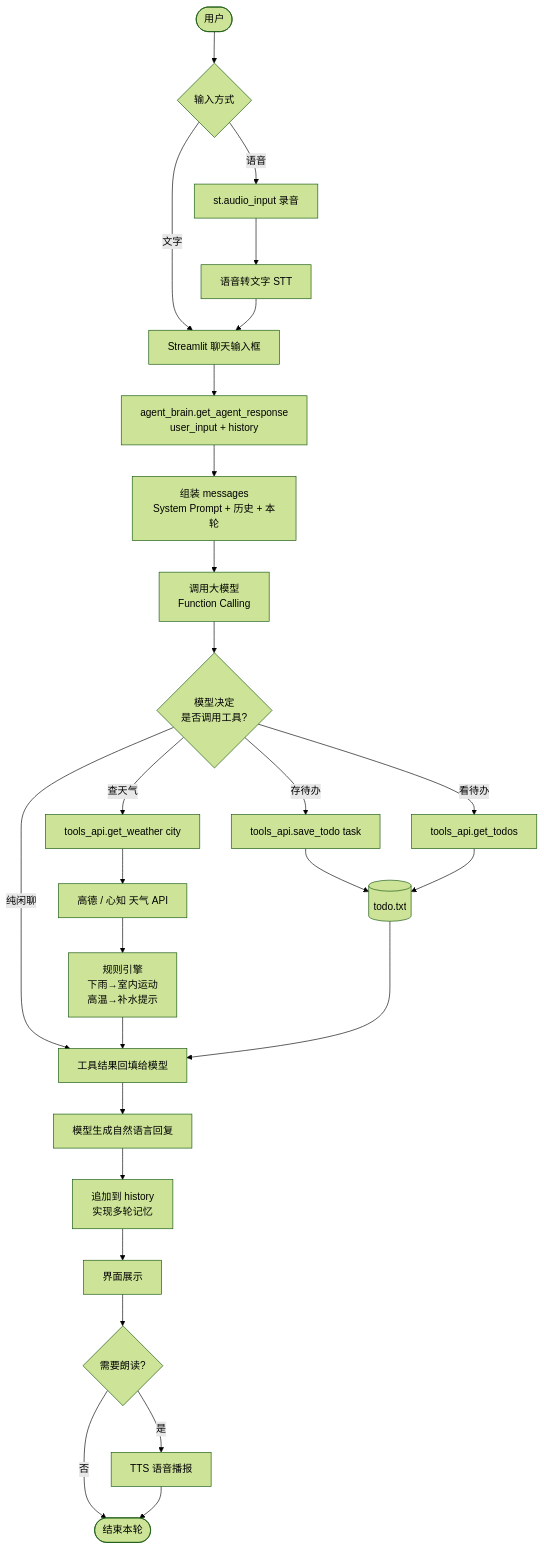
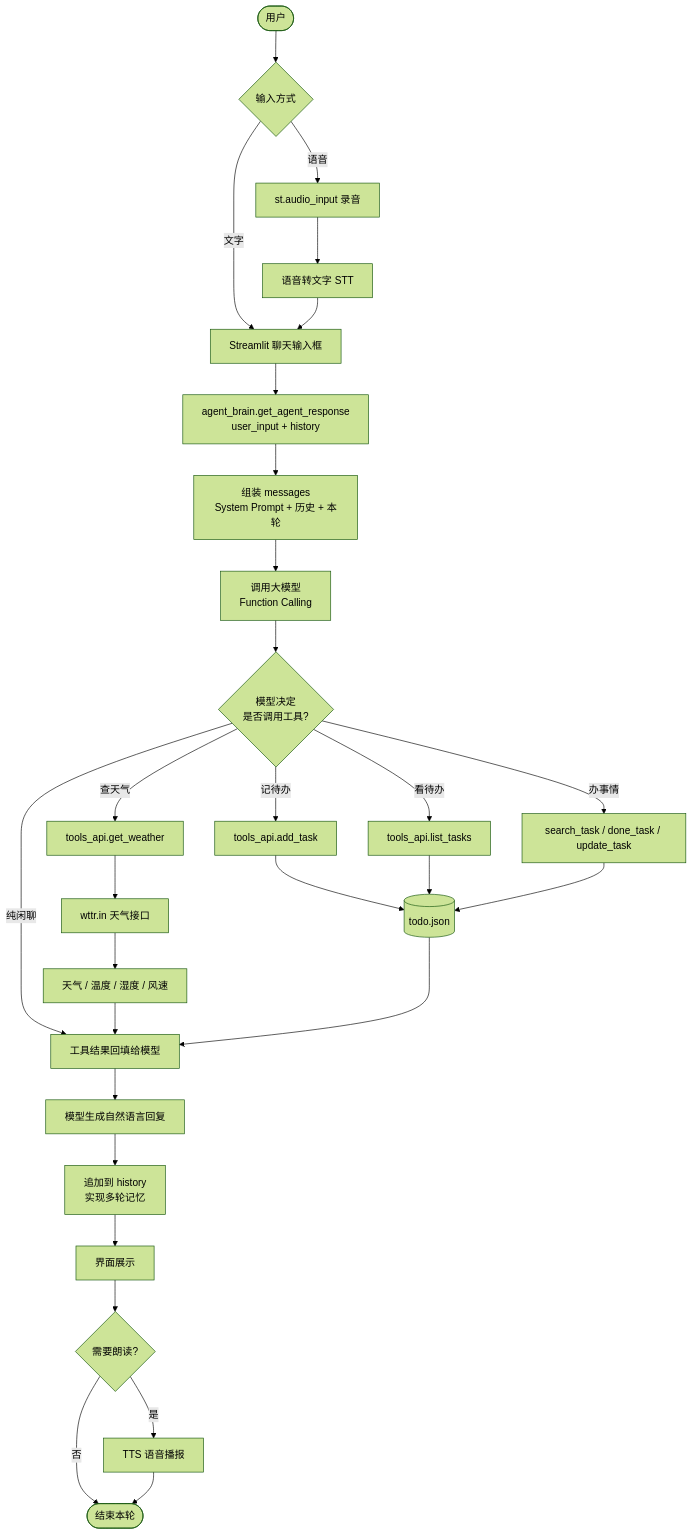
Before and after one commit to LB-CC-summer/ai-agent-life-butler: the first of 3 diagrams in docs.md, drawn with Mermaid (forest theme). The commit also changed other lines of this file and 10 other files, not shown here.

````diff
--- a/docs.md
+++ b/docs.md
@@ -83,35 +83,37 @@
 ```mermaid
 flowchart TD
     A([用户]) --> B{输入方式}
     B -->|文字| C[Streamlit 聊天输入框]
     B -->|语音| D[st.audio_input 录音]
     D --> E[语音转文字 STT]
     E --> C
 
     C --> F[agent_brain.get_agent_response<br/>user_input + history]
     F --> G[组装 messages<br/>System Prompt + 历史 + 本轮]
     G --> H[调用大模型<br/>Function Calling]
 
     H --> I{模型决定<br/>是否调用工具?}
 
-    I -->|查天气| J1[tools_api.get_weather city]
-    I -->|存待办| J2[tools_api.save_todo task]
-    I -->|看待办| J3[tools_api.get_todos]
+    I -->|查天气| J1[tools_api.get_weather]
+    I -->|记待办| J2[tools_api.add_task]
+    I -->|看待办| J3[tools_api.list_tasks]
+    I -->|办事情| J4[search_task / done_task / update_task]
     I -->|纯闲聊| K
 
-    J1 --> L1[高德 / 心知 天气 API]
-    L1 --> M1[规则引擎<br/>下雨→室内运动<br/>高温→补水提示]
+    J1 --> L1[wttr.in 天气接口]
+    L1 --> M1[天气 / 温度 / 湿度 / 风速]
     M1 --> K[工具结果回填给模型]
 
-    J2 --> N[(todo.txt)]
+    J2 --> N[(todo.json)]
     J3 --> N
+    J4 --> N
     N --> K
 
     K --> O[模型生成自然语言回复]
     O --> P[追加到 history<br/>实现多轮记忆]
     P --> Q[界面展示]
     Q --> R{需要朗读?}
     R -->|是| S[TTS 语音播报]
     R -->|否| T([结束本轮])
     S --> T
 ```
````
